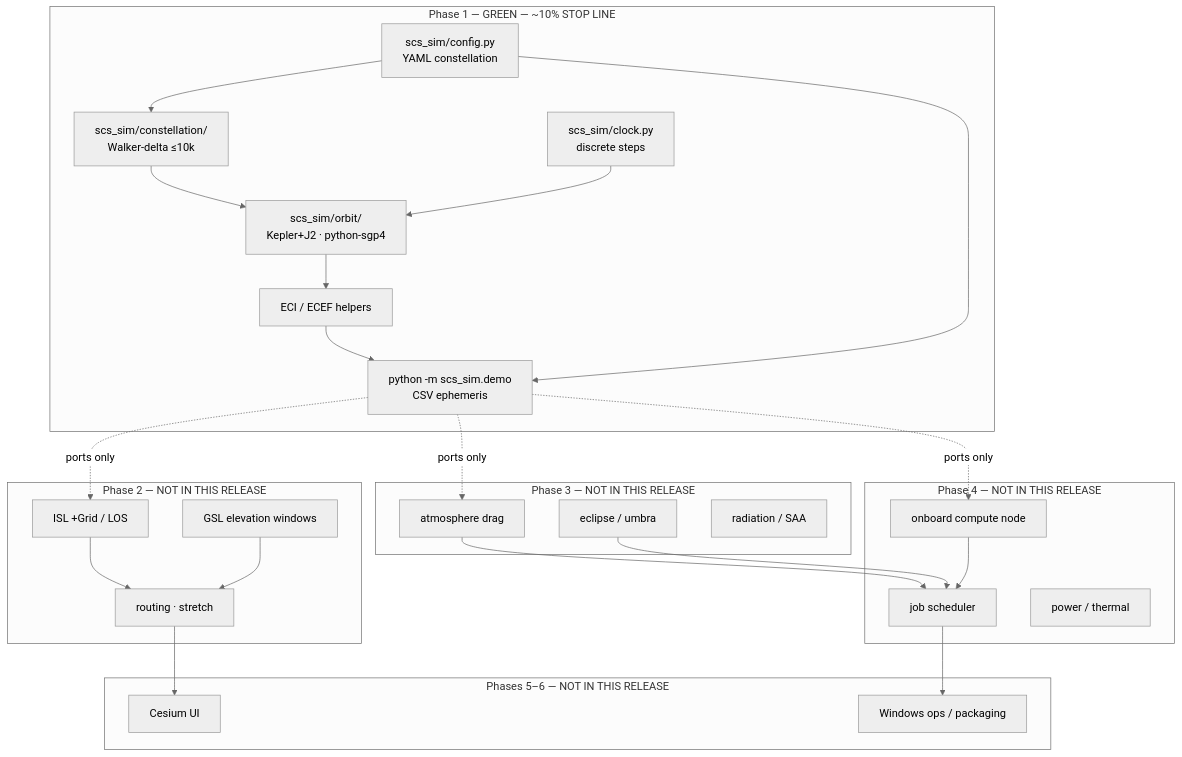
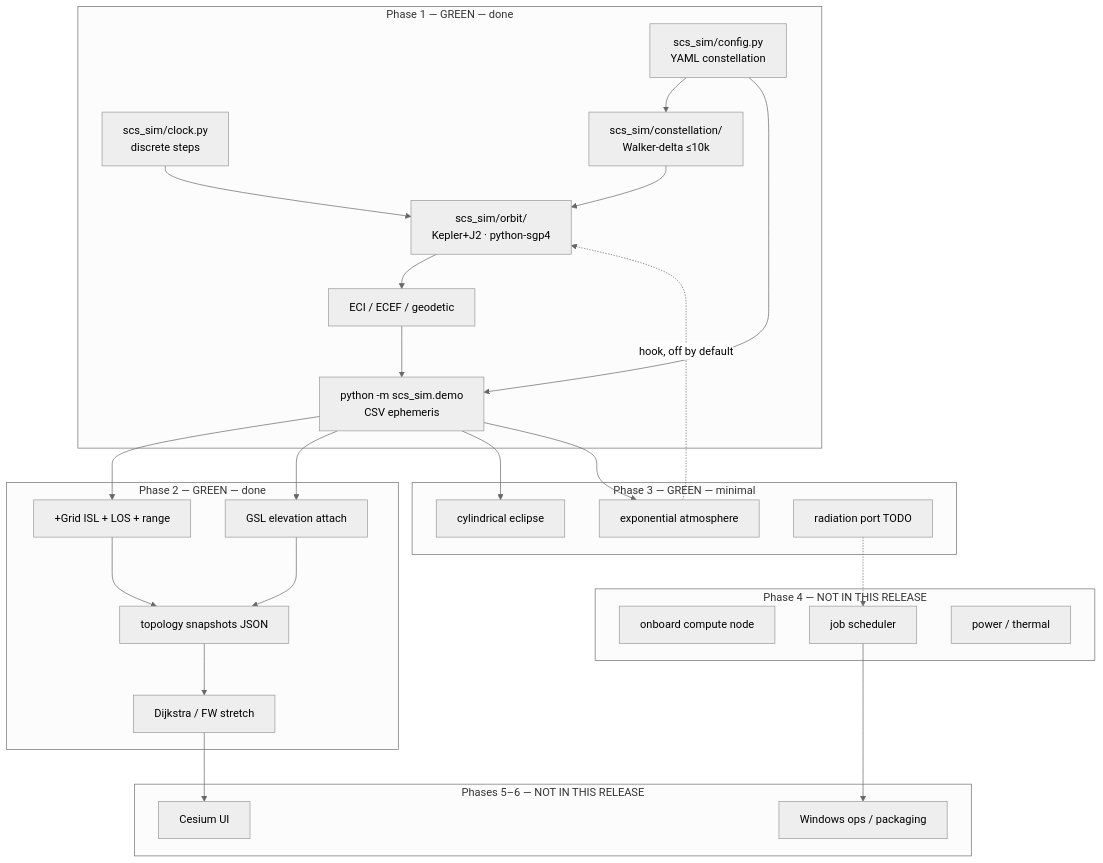
One commit to XuqiangL/scs-sim changed the diagram in docs/ARCHITECTURE.md. Above: the diagram before and after it, drawn with Mermaid (neutral theme). The commit also changed other lines of this file and 31 other files, not shown here.

First line of the commit message:
Phase 2 ISL/GSL/routing plus Phase 3 eclipse and atmosphere.

````diff
--- a/docs/ARCHITECTURE.md
+++ b/docs/ARCHITECTURE.md
@@ -11,51 +13,53 @@
 ```mermaid
 flowchart TB
-    subgraph P1["Phase 1 — GREEN — ~10% STOP LINE"]
+    subgraph P1["Phase 1 — GREEN — done"]
         CFG["scs_sim/config.py<br/>YAML constellation"]
         CLK["scs_sim/clock.py<br/>discrete steps"]
         WAL["scs_sim/constellation/<br/>Walker-delta ≤10k"]
         ORB["scs_sim/orbit/<br/>Kepler+J2 · python-sgp4"]
-        FRM["ECI / ECEF helpers"]
+        FRM["ECI / ECEF / geodetic"]
         DEM["python -m scs_sim.demo<br/>CSV ephemeris"]
         CFG --> WAL
         WAL --> ORB
         CLK --> ORB
         ORB --> FRM
         FRM --> DEM
         CFG --> DEM
     end
 
-    subgraph P2["Phase 2 — NOT IN THIS RELEASE"]
-        ISL["ISL +Grid / LOS"]
-        GSL["GSL elevation windows"]
-        RTE["routing · stretch"]
+    subgraph P2["Phase 2 — GREEN — done"]
+        ISL["+Grid ISL + LOS + range"]
+        GSL["GSL elevation attach"]
+        TOP["topology snapshots JSON"]
+        RTE["Dijkstra / FW stretch"]
     end
 
-    subgraph P3["Phase 3 — NOT IN THIS RELEASE"]
-        ATM["atmosphere drag"]
-        ECL["eclipse / umbra"]
-        RAD["radiation / SAA"]
+    subgraph P3["Phase 3 — GREEN — minimal"]
+        ATM["exponential atmosphere"]
+        ECL["cylindrical eclipse"]
+        RAD["radiation port TODO"]
     end
 
     subgraph P4["Phase 4 — NOT IN THIS RELEASE"]
         NOD["onboard compute node"]
         SCH["job scheduler"]
         PWR["power / thermal"]
     end
 
     subgraph P56["Phases 5–6 — NOT IN THIS RELEASE"]
         UI["Cesium UI"]
         OPS["Windows ops / packaging"]
     end
 
-    DEM -.->|ports only| ISL
-    DEM -.->|ports only| ATM
-    DEM -.->|ports only| NOD
-    ISL --> RTE
-    GSL --> RTE
-    ATM --> SCH
-    ECL --> SCH
-    NOD --> SCH
+    DEM --> ISL
+    DEM --> GSL
+    ISL --> TOP
+    GSL --> TOP
+    TOP --> RTE
+    DEM --> ECL
+    DEM --> ATM
+    ATM -.->|hook, off by default| ORB
+    RAD -.-> SCH
     RTE --> UI
     SCH --> OPS
 ```
````
